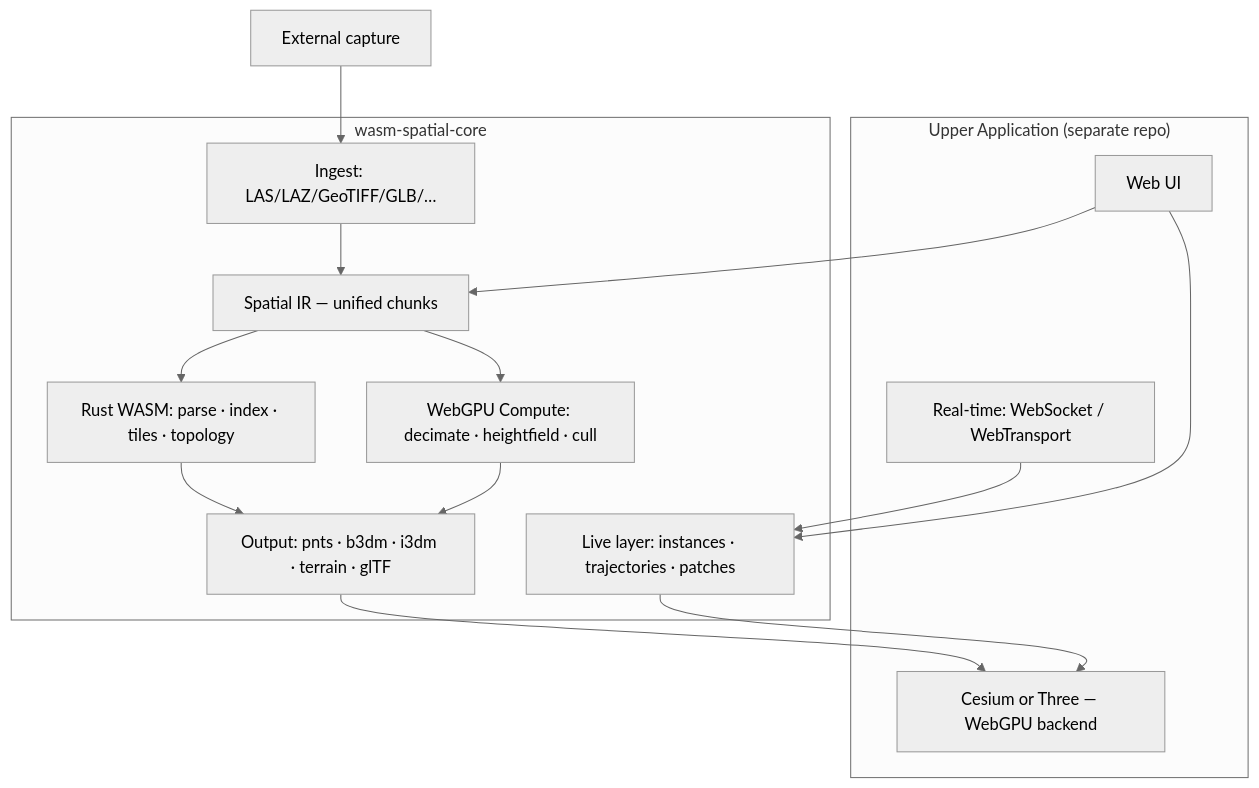
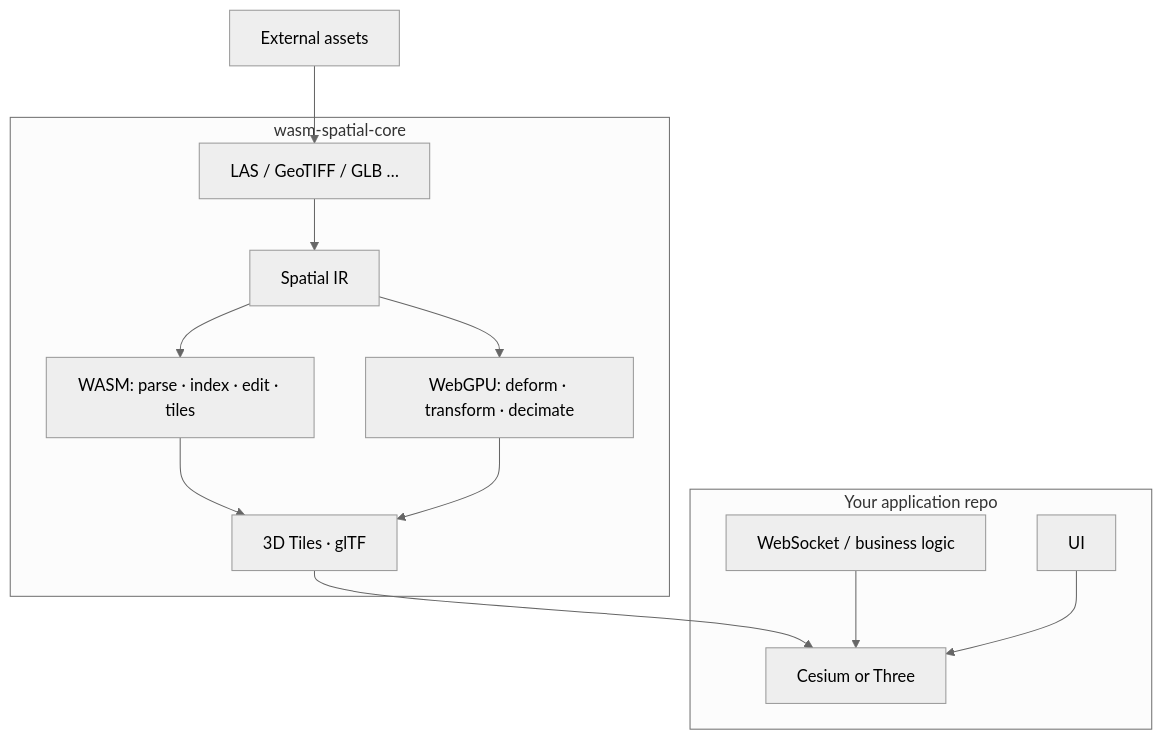
The diagram in docs/media/VISION.md (reed-soul/wasm-spatial-core), drawn with Mermaid (neutral theme) before and after one commit. The commit also changed other lines of this file and 212 other files, not shown here.

````diff
--- a/docs/media/VISION.md
+++ b/docs/media/VISION.md
@@ -63,29 +44,26 @@
 ```mermaid
 graph TB
-    subgraph App["Upper Application (separate repo)"]
-        UI[Web UI]
-        RT[Real-time: WebSocket / WebTransport]
-        View[Cesium or Three — WebGPU backend]
+    subgraph App["Your application repo"]
+        UI[UI]
+        IO[WebSocket / business logic]
+        View[Cesium or Three]
     end
 
     subgraph Engine["wasm-spatial-core"]
-        IR[Spatial IR — unified chunks]
-        Ingest[Ingest: LAS/LAZ/GeoTIFF/GLB/…]
-        CPU[Rust WASM: parse · index · tiles · topology]
-        GPU[WebGPU Compute: decimate · heightfield · cull]
-        Out[Output: pnts · b3dm · i3dm · terrain · glTF]
-        Live[Live layer: instances · trajectories · patches]
+        IR[Spatial IR]
+        Ingest[LAS / GeoTIFF / GLB …]
+        CPU[WASM: parse · index · edit · tiles]
+        GPU[WebGPU: deform · transform · decimate]
+        Out[3D Tiles · glTF]
     end
 
-    Capture[External capture] --> Ingest
+    Capture[External assets] --> Ingest
     Ingest --> IR
     IR --> CPU
     IR --> GPU
     CPU --> Out
     GPU --> Out
     Out --> View
-    Live --> View
-    RT --> Live
-    UI --> Live
-    UI --> IR
+    IO --> View
+    UI --> View
 ```
````
